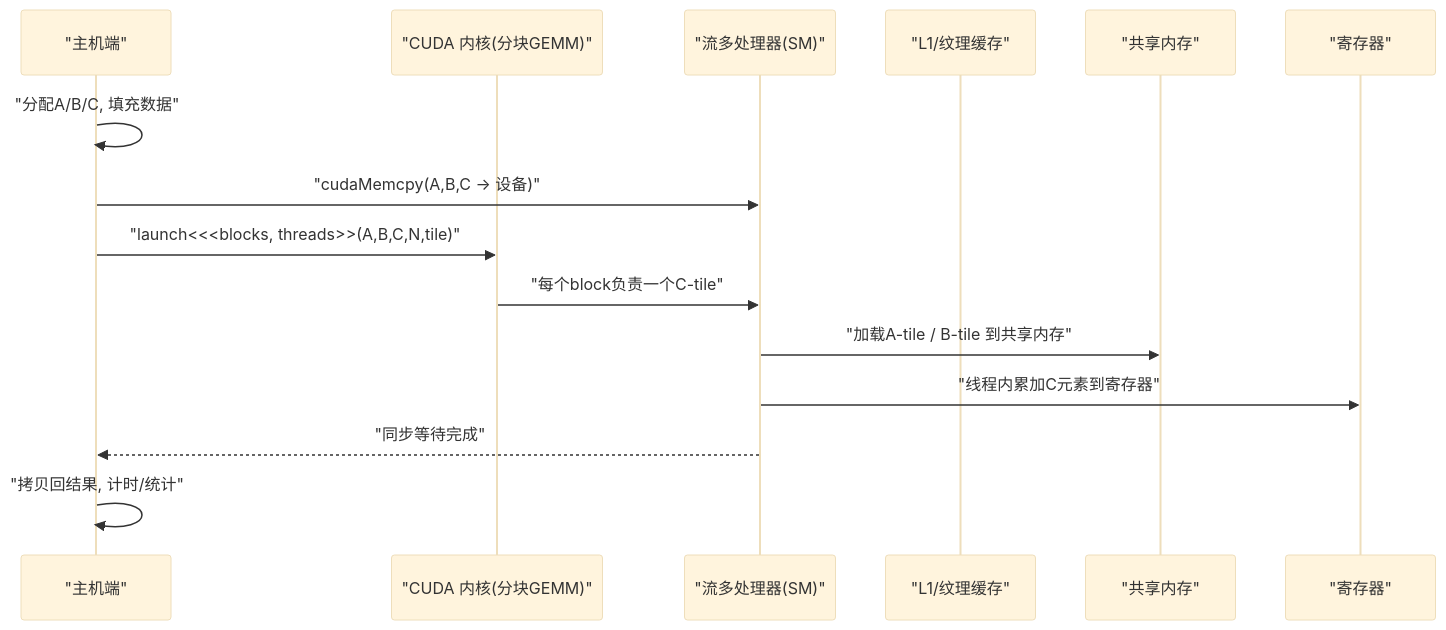
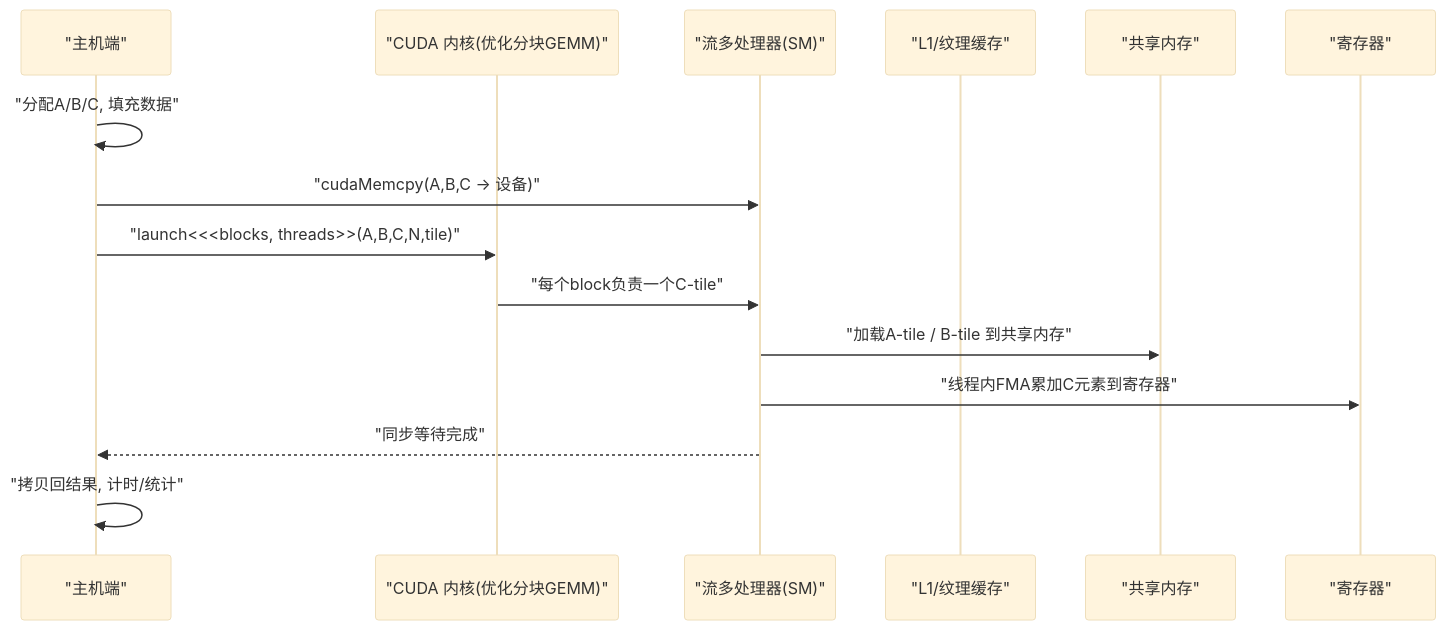
The second of 4 diagrams in .qoder/repowiki/zh/content/技术实现/GEMM算法实现.md (Bitllion/gemm_benchmark), drawn with Mermaid (base theme) before and after one commit. The commit also changed other lines of this file and 5 other files, not shown here.

````diff
--- a/.qoder/repowiki/zh/content/技术实现/GEMM算法实现.md
+++ b/.qoder/repowiki/zh/content/技术实现/GEMM算法实现.md
@@ -66,17 +78,17 @@
 ```mermaid
 sequenceDiagram
 participant Host as "主机端"
-participant Kernel as "CUDA 内核(分块GEMM)"
+participant Kernel as "CUDA 内核(优化分块GEMM)"
 participant SM as "流多处理器(SM)"
 participant L1 as "L1/纹理缓存"
 participant SRAM as "共享内存"
 participant Reg as "寄存器"
 Host->>Host : "分配A/B/C, 填充数据"
 Host->>SM : "cudaMemcpy(A,B,C -> 设备)"
 Host->>Kernel : "launch<<<blocks, threads>>(A,B,C,N,tile)"
 Kernel->>SM : "每个block负责一个C-tile"
 SM->>SRAM : "加载A-tile / B-tile 到共享内存"
-SM->>Reg : "线程内累加C元素到寄存器"
+SM->>Reg : "线程内FMA累加C元素到寄存器"
 SM-->>Host : "同步等待完成"
 Host->>Host : "拷贝回结果, 计时/统计"
 ```
````
